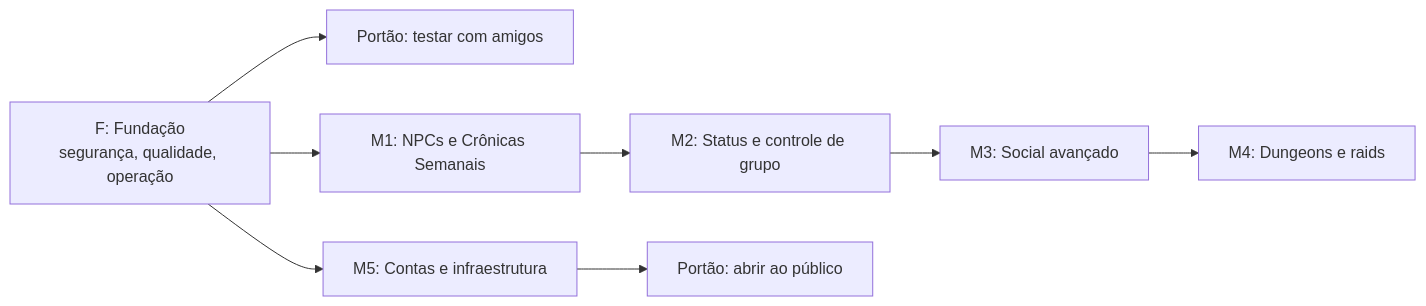
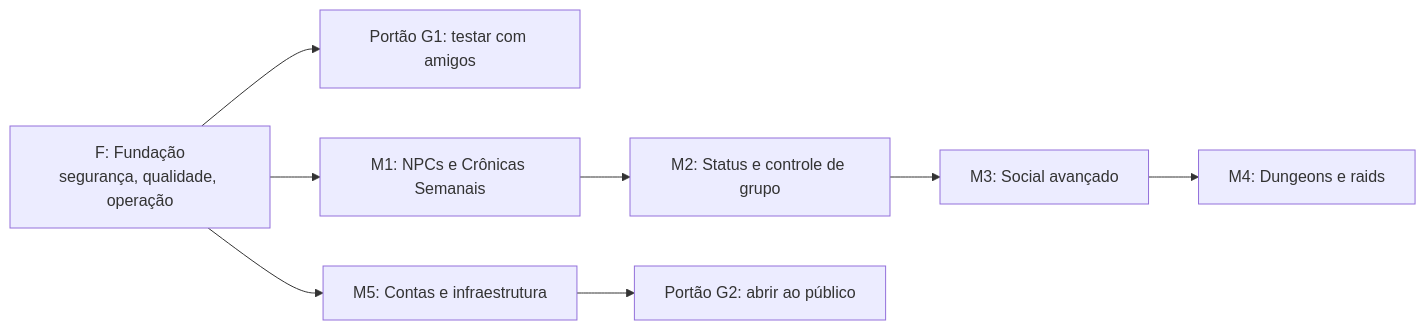
One commit to bleachbr/bleach-idle changed the diagram in docs/roadmap.md. Above: the diagram before and after it, drawn with Mermaid. The commit also changed other lines of this file and 10 other files, not shown here.

First line of the commit message:
docs: corrige os achados da revisão adversarial no roadmap, ADRs e documentos

````diff
--- a/docs/roadmap.md
+++ b/docs/roadmap.md
@@ -32,10 +34,10 @@
 ```mermaid
 flowchart LR
-  F["F: Fundação<br/>segurança, qualidade, operação"] --> P1["Portão: testar com amigos"]
+  F["F: Fundação<br/>segurança, qualidade, operação"] --> G1["Portão G1: testar com amigos"]
   F --> M1["M1: NPCs e Crônicas Semanais"]
   M1 --> M2["M2: Status e controle de grupo"]
   M2 --> M3["M3: Social avançado"]
   M3 --> M4["M4: Dungeons e raids"]
   F --> M5["M5: Contas e infraestrutura"]
-  M5 --> P2["Portão: abrir ao público"]
+  M5 --> G2["Portão G2: abrir ao público"]
 ```
````
